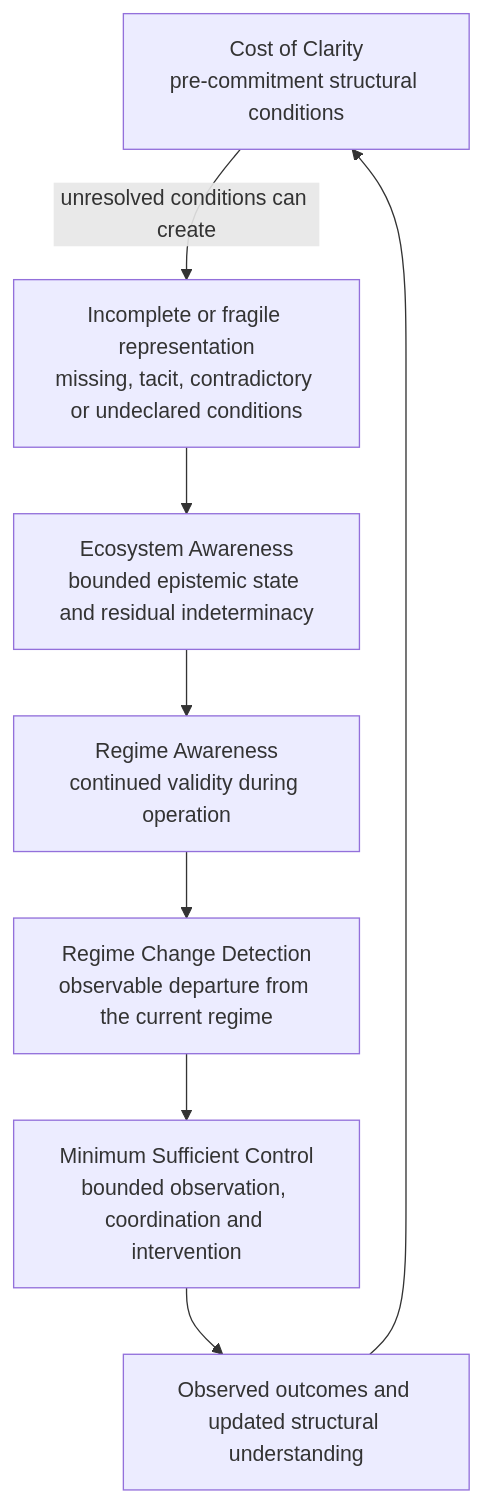
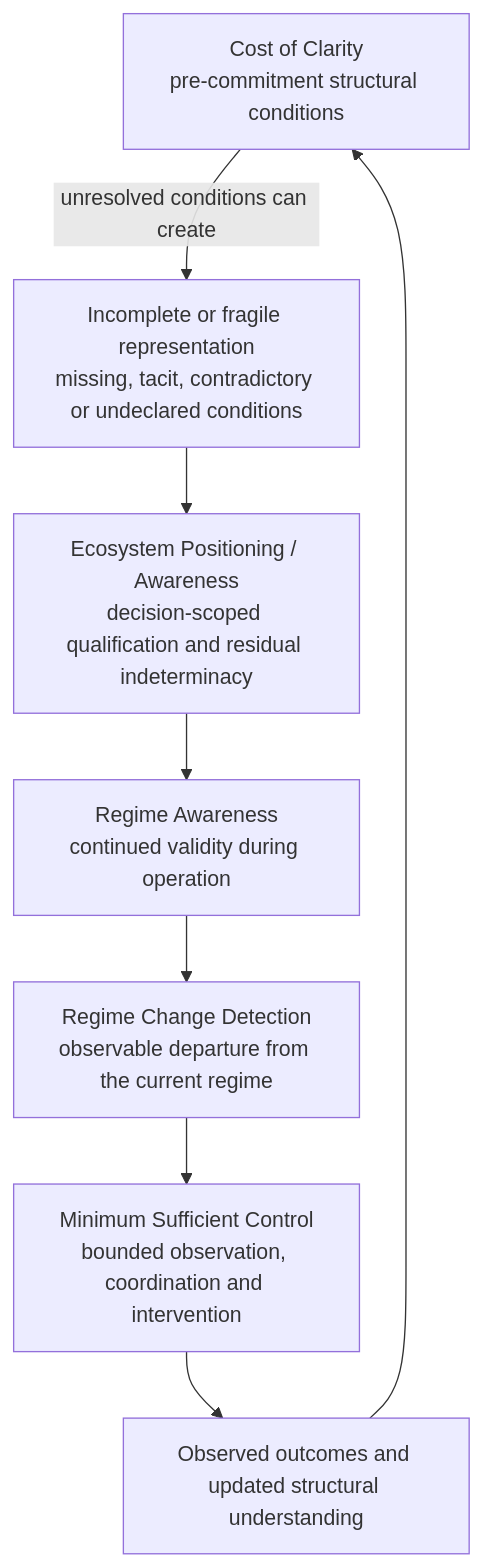
One commit to dakleyer/structural-awareness-contributions changed the second of 2 diagrams in README.md. Above: the diagram before and after it, drawn with Mermaid. The commit also changed other lines of this file, not shown here.

````diff
--- a/README.md
+++ b/README.md
@@ -11,18 +102,18 @@
 ```mermaid
 flowchart TD
     C[Cost of Clarity<br/>pre-commitment structural conditions]
     B[Incomplete or fragile representation<br/>missing, tacit, contradictory or undeclared conditions]
-    E[Ecosystem Awareness<br/>bounded epistemic state and residual indeterminacy]
+    E[Ecosystem Positioning / Awareness<br/>decision-scoped qualification and residual indeterminacy]
     R[Regime Awareness<br/>continued validity during operation]
     D[Regime Change Detection<br/>observable departure from the current regime]
     M[Minimum Sufficient Control<br/>bounded observation, coordination and intervention]
     O[Observed outcomes and updated structural understanding]
 
     C -->|unresolved conditions can create| B
     B --> E
     E --> R
     R --> D
     D --> M
     M --> O
     O --> C
 ```
````
